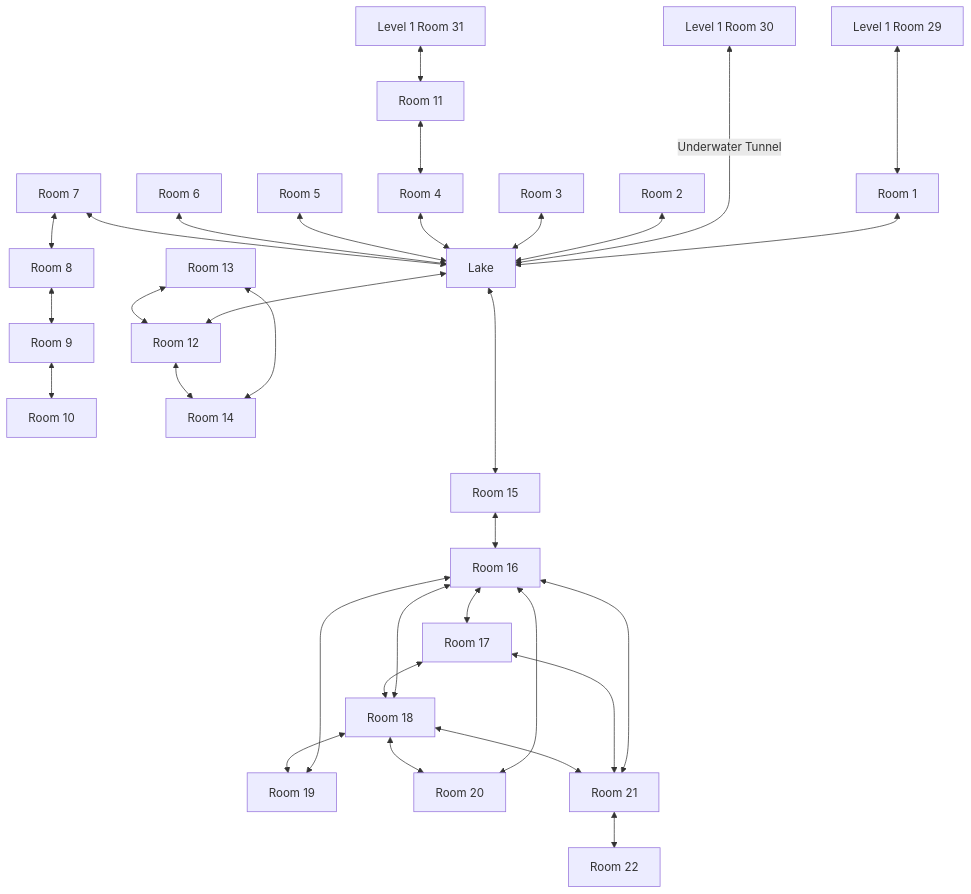
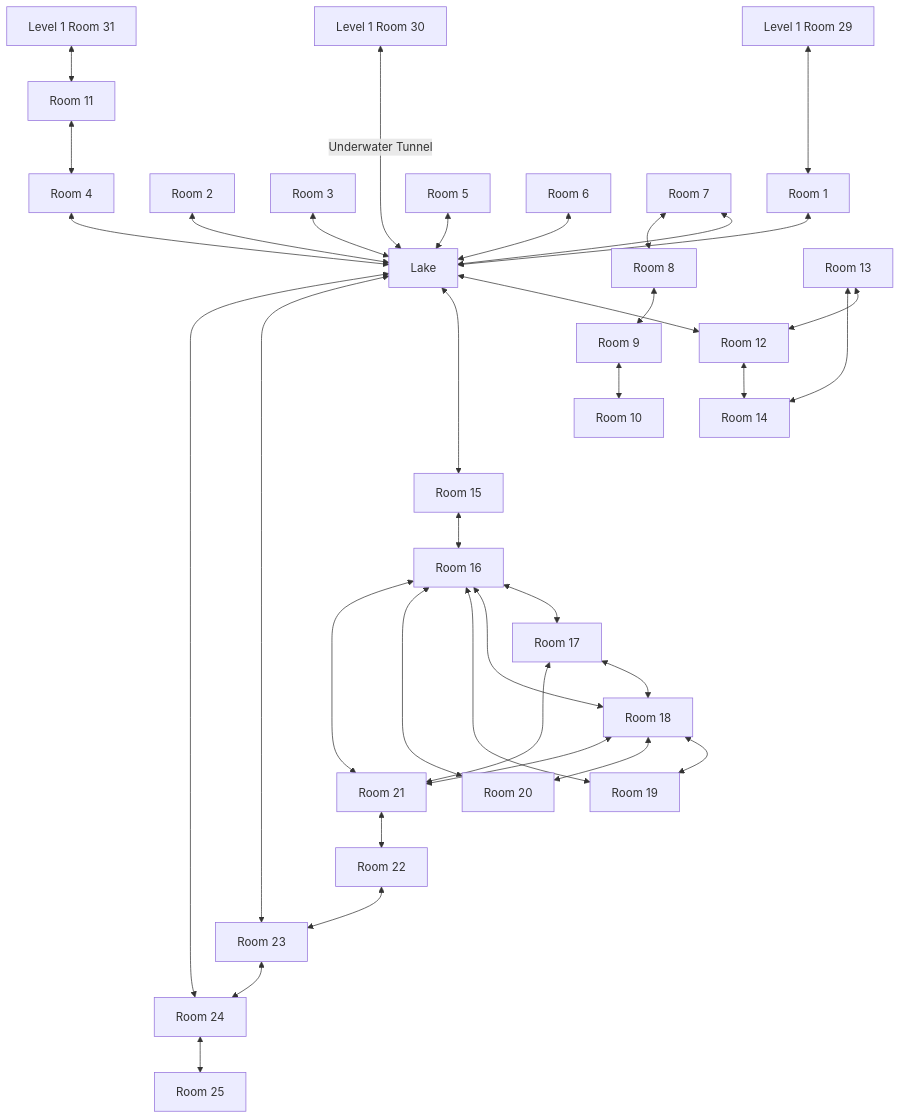
One commit to SlothBorg/Dungeon23 changed the diagram in Dungeon/Level_02/README.md. Above: the diagram before and after it, drawn with Mermaid. The commit also changed 6 other files, not shown here.

````diff
--- a/Dungeon/Level_02/README.md
+++ b/Dungeon/Level_02/README.md
@@ -3,33 +3,38 @@
 ```mermaid
 flowchart TD
     A29[Level 1 Room 29] <---> B1[Room 1]
     B1 <--> La[Lake]
     A30[Level 1 Room 30] <-- Underwater Tunnel ----> La
     B2[Room 2] <--> La
     B3[Room 3] <--> La
     B4[Room 4] <--> La
     B5[Room 5] <--> La
     B6[Room 6] <--> La
     B7[Room 7] <--> La
     B7 <--> B8[Room 8]
     B8 <--> B9[Room 9]
     B9 <--> B10[Room 10]
     A31[Level 1 Room 31] <--> B11[Room 11] <--> B4
     La <--> B12[Room 12]
     B13[Room 13] <--> B12
     B13 <--> B14[Room 14]
     B12 <--> B14
     La <----> B15[Room 15]
     B15 <--> B16[Room 16]
     B16 <--> B17[Room 17]
     B16 <--> B18[Room 18]
     B17 <--> B18
     B16 <--> B19[Room 19]
     B18 <--> B19
     B16 <--> B20[Room 20]
     B18 <--> B20
     B16 <--> B21[Room 21]
     B17 <--> B21
     B18 <--> B21
     B21 <--> B22[Room 22]
+    B22 <--> B23[Room 23]
+    B23 <--> La
+    B23 <--> B24[Room 24]
+    B24 <--> La
+    B24 <--> B25[Room 25]
 ```
````
